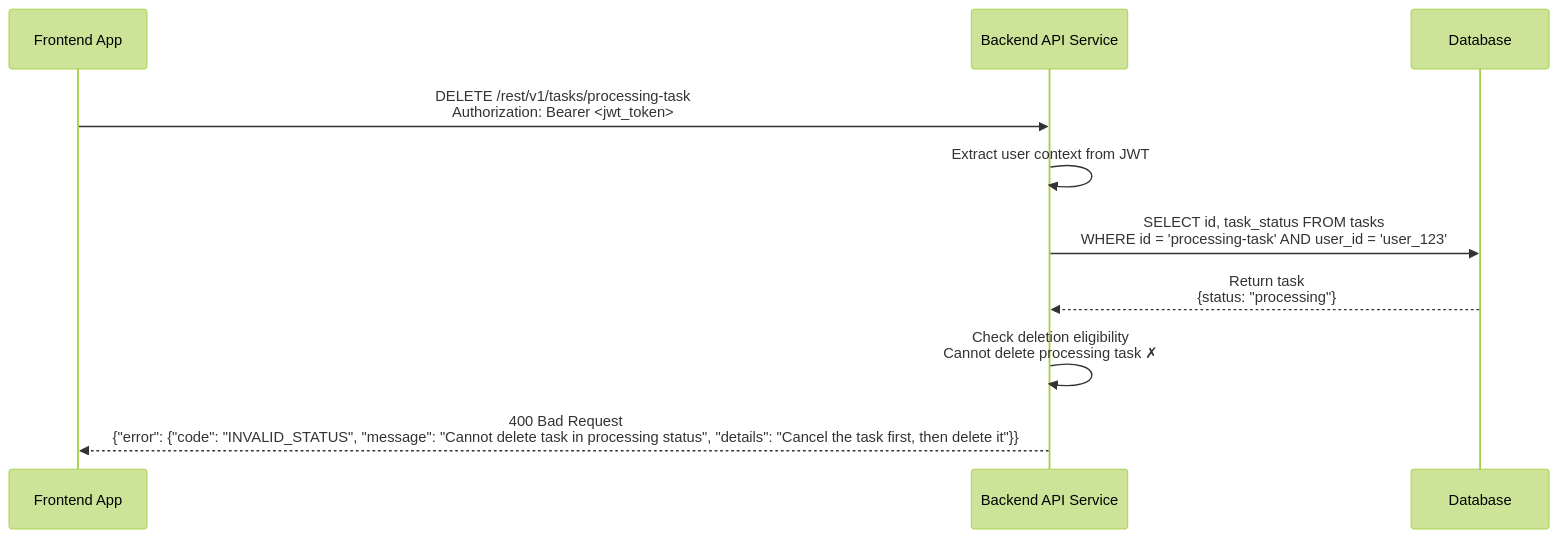
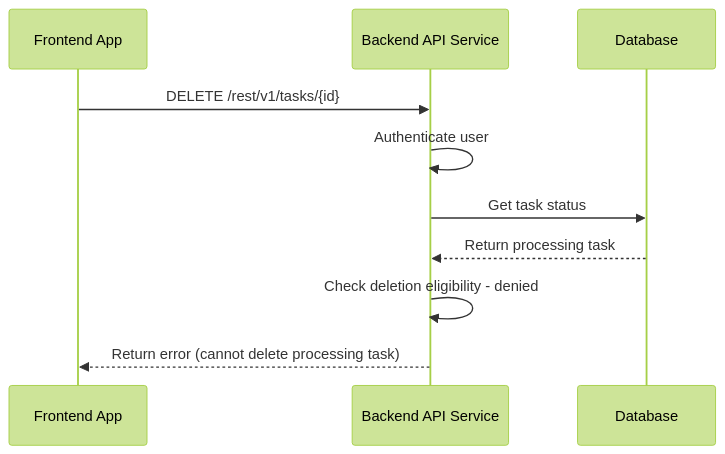
One commit to andrewhzy/SpringHttpClientDataJpaDemo changed the ninth of 9 diagrams in docs/sequence-diagrams-api-handling.md. Above: the diagram before and after it, drawn with Mermaid (forest theme). The commit also changed other lines of this file and 2 other files, not shown here.

Commit message:
Update API specification to reflect new maximum rows per sheet limit and enhance README with backend Java classes flow, clarifying component responsibilities for Excel file uploads and task management.

````diff
--- a/docs/sequence-diagrams-api-handling.md
+++ b/docs/sequence-diagrams-api-handling.md
@@ -241,15 +217,15 @@
 ```mermaid
 sequenceDiagram
     participant FE as Frontend App
     participant API as Backend API Service
     participant DB as Database
     
-    FE->>API: DELETE /rest/v1/tasks/processing-task<br/>Authorization: Bearer <jwt_token>
-    API->>API: Extract user context from JWT
+    FE->>API: DELETE /rest/v1/tasks/{id}
+    API->>API: Authenticate user
     
-    API->>DB: SELECT id, task_status FROM tasks<br/>WHERE id = 'processing-task' AND user_id = 'user_123'
-    DB-->>API: Return task<br/>{status: "processing"}
+    API->>DB: Get task status
+    DB-->>API: Return processing task
     
-    API->>API: Check deletion eligibility<br/>Cannot delete processing task ✗
-    API-->>FE: 400 Bad Request<br/>{"error": {"code": "INVALID_STATUS", "message": "Cannot delete task in processing status", "details": "Cancel the task first, then delete it"}}
+    API->>API: Check deletion eligibility - denied
+    API-->>FE: Return error (cannot delete processing task)
 ```
````
